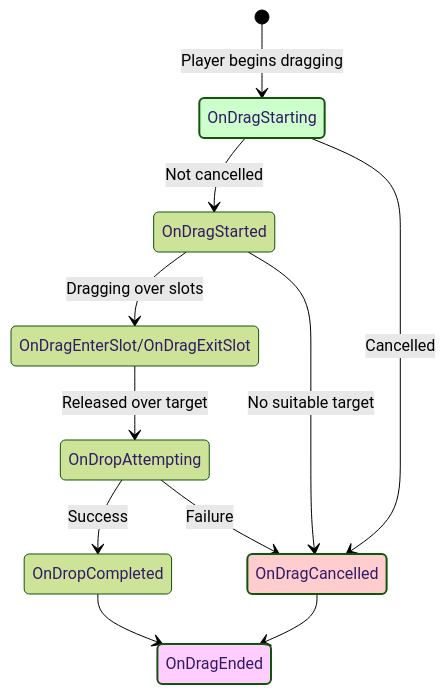
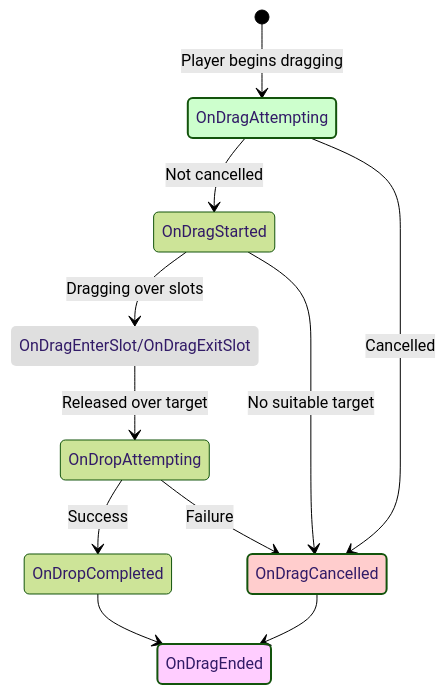
One commit to SergeevSergey99/DragAndDropSystem-Docs changed the first of 2 diagrams in .docs/content/reference/events.en.md. Above: the diagram before and after it, drawn with Mermaid (forest theme). The commit also changed other lines of this file and 2 other files, not shown here.

Commit message:
Переименовал событие

````diff
--- a/.docs/content/reference/events.en.md
+++ b/.docs/content/reference/events.en.md
@@ -9,23 +9,25 @@
 ```mermaid
 stateDiagram-v2
     classDef dragEnded fill:#f4f4,stroke-width:2px
     classDef dragCancelled fill:#f444,stroke-width:2px
     classDef dragStarted fill:#4F44,stroke-width:2px
-    classDef dragOver fill:#8884,stroke-width:2px
+    classDef dragOver fill:#8884,stroke-width:0px
+    
+    DragOver: OnDragEnterSlot/OnDragExitSlot
 
-    [*] --> OnDragStarting: Player begins dragging
-    OnDragStarting --> OnDragStarted: Not cancelled
-    OnDragStarting --> OnDragCancelled: Cancelled
-    OnDragStarted --> OnDragEnterSlot/OnDragExitSlot: Dragging over slots
-    OnDragEnterSlot/OnDragExitSlot --> OnDropAttempting: Released over target
+    [*] --> OnDragAttempting: Player begins dragging
+    OnDragAttempting --> OnDragStarted: Not cancelled
+    OnDragAttempting --> OnDragCancelled: Cancelled
+    OnDragStarted --> DragOver: Dragging over slots
+    DragOver --> OnDropAttempting: Released over target
     OnDragStarted --> OnDragCancelled: No suitable target
     OnDropAttempting --> OnDropCompleted: Success
     OnDropAttempting --> OnDragCancelled: Failure
     OnDropCompleted --> OnDragEnded
     OnDragCancelled --> OnDragEnded
 
-   class OnDragEnterSlot/OnDragExitSlot dragOver
-   class OnDragStarting dragStarted
+   class DragOver dragOver
+   class OnDragAttempting dragStarted
    class OnDragCancelled dragCancelled
    class OnDragEnded dragEnded
 ```
````
